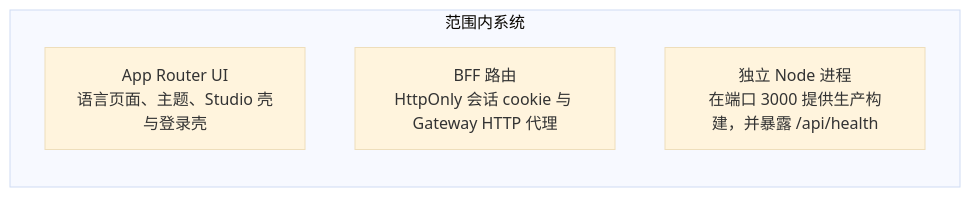
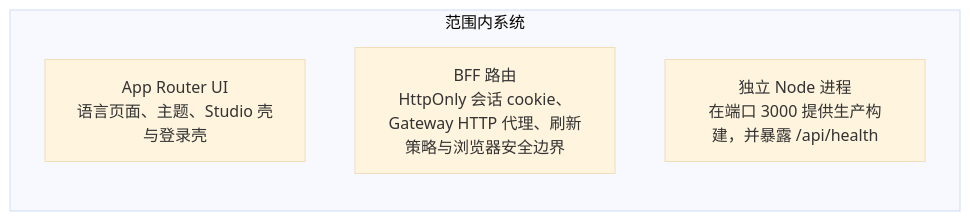
One commit to HappyLadySauceM/Knowledge-Core-Web changed the second of 2 diagrams in .agents/skills/knowledge-core-web-project/references/zh/architecture.md. Above: the diagram before and after it, drawn with Mermaid (base theme). The commit also changed other lines of this file and 37 other files, not shown here.

````diff
--- a/.agents/skills/knowledge-core-web-project/references/zh/architecture.md
+++ b/.agents/skills/knowledge-core-web-project/references/zh/architecture.md
@@ -65,8 +65,8 @@
 ```mermaid
 flowchart LR
     subgraph System[范围内系统]
         App_Router_UI["App Router UI\n语言页面、主题、Studio 壳与登录壳"]
-        BFF_routes["BFF 路由\nHttpOnly 会话 cookie 与 Gateway HTTP 代理"]
+        BFF_routes["BFF 路由\nHttpOnly 会话 cookie、Gateway HTTP 代理、刷新策略与浏览器安全边界"]
         Standalone_Node_process["独立 Node 进程\n在端口 3000 提供生产构建，并暴露 /api/health"]
     end
 ```
````
